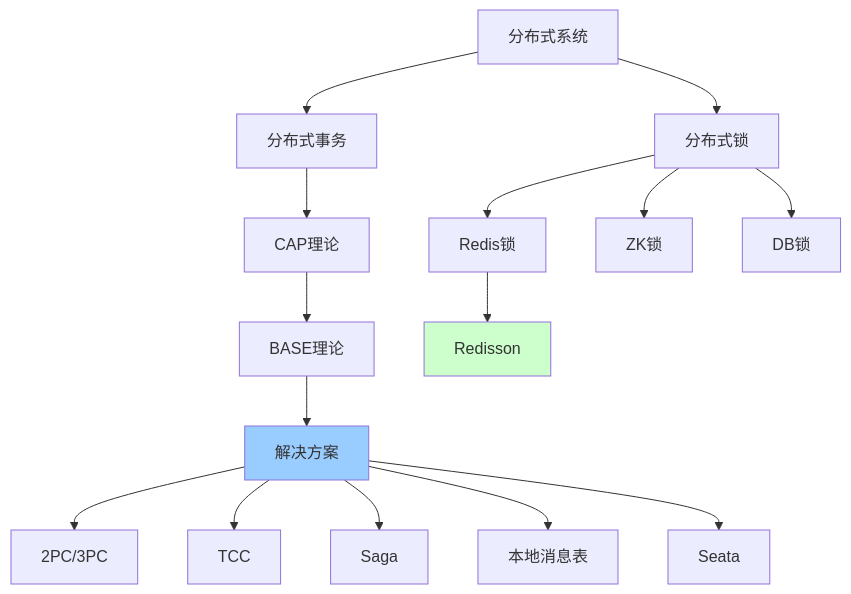
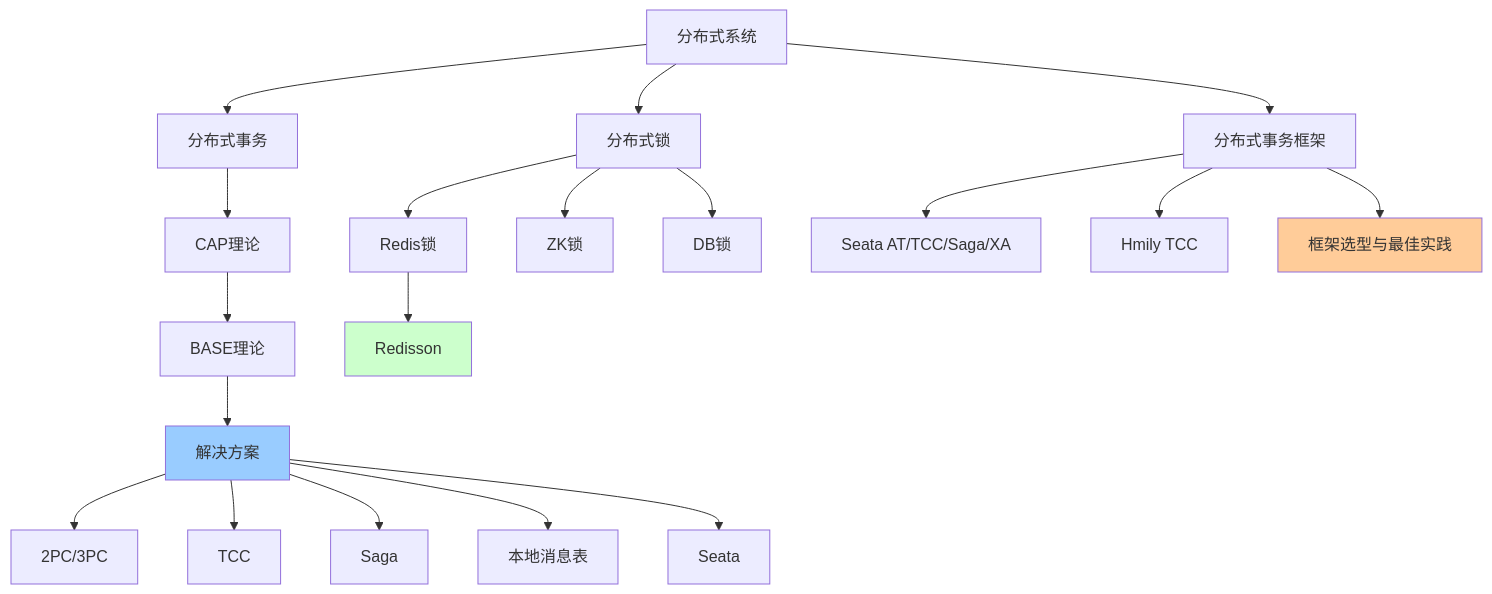
The diagram in 知识点汇总/07_分布式系统/README.md (Yanminghao0/Backend_Tech_Knowledge_Base), drawn with Mermaid before and after one commit. The commit also changed other lines of this file and 55 other files, not shown here.

````diff
--- a/知识点汇总/07_分布式系统/README.md
+++ b/知识点汇总/07_分布式系统/README.md
@@ -35,22 +47,28 @@
 ```mermaid
 graph TD
     A[分布式系统] --> B[分布式事务]
     A --> C[分布式锁]
+    A --> D[分布式事务框架]
     
-    B --> D[CAP理论]
-    D --> E[BASE理论]
-    E --> F[解决方案]
-    F --> G[2PC/3PC]
-    F --> H[TCC]
-    F --> I[Saga]
-    F --> J[本地消息表]
-    F --> K[Seata]
+    B --> E[CAP理论]
+    E --> F[BASE理论]
+    F --> G[解决方案]
+    G --> H[2PC/3PC]
+    G --> I[TCC]
+    G --> J[Saga]
+    G --> K[本地消息表]
+    G --> L[Seata]
     
-    C --> L[Redis锁]
-    C --> M[ZK锁]
-    C --> N[DB锁]
-    L --> O[Redisson]
+    C --> M[Redis锁]
+    C --> N[ZK锁]
+    C --> O[DB锁]
+    M --> P[Redisson]
     
-    style F fill:#99ccff
-    style O fill:#ccffcc
+    D --> Q[Seata AT/TCC/Saga/XA]
+    D --> R[Hmily TCC]
+    D --> S[框架选型与最佳实践]
+    
+    style G fill:#99ccff
+    style P fill:#ccffcc
+    style S fill:#ffcc99
 ```
````
